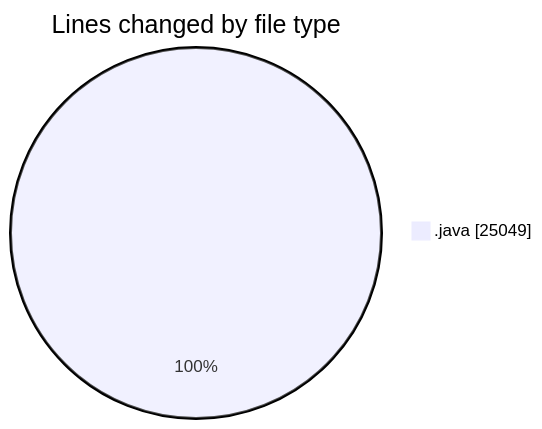
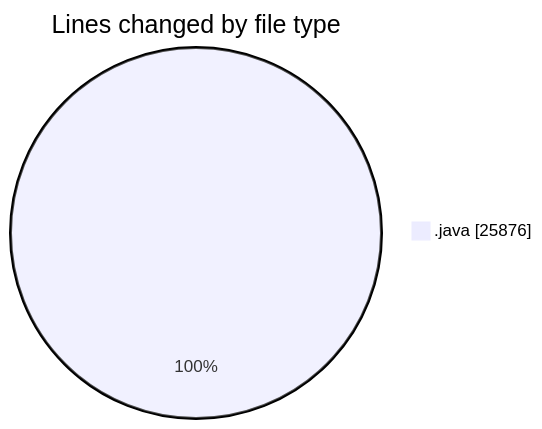
One commit to ricardozamudiocil/code-tracking changed the first of 2 diagrams in 2026-05-19/cilapp/README.md. Above: the diagram before and after it, drawn with Mermaid. The commit also changed other lines of this file and 1 other file, not shown here.

````diff
--- a/2026-05-19/cilapp/README.md
+++ b/2026-05-19/cilapp/README.md
@@ -23,5 +23,5 @@
 ```mermaid
 pie showData
 title Lines changed by file type
-".java" : 25049
+".java" : 25876
 ```
````
